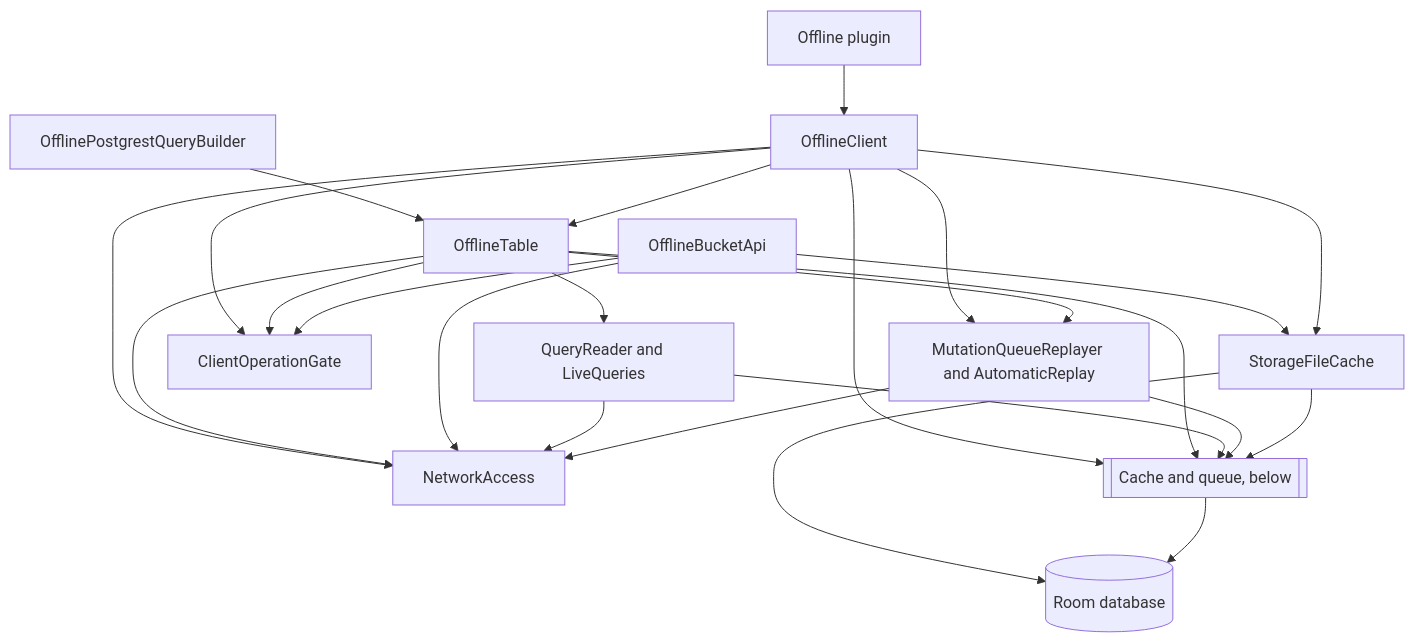
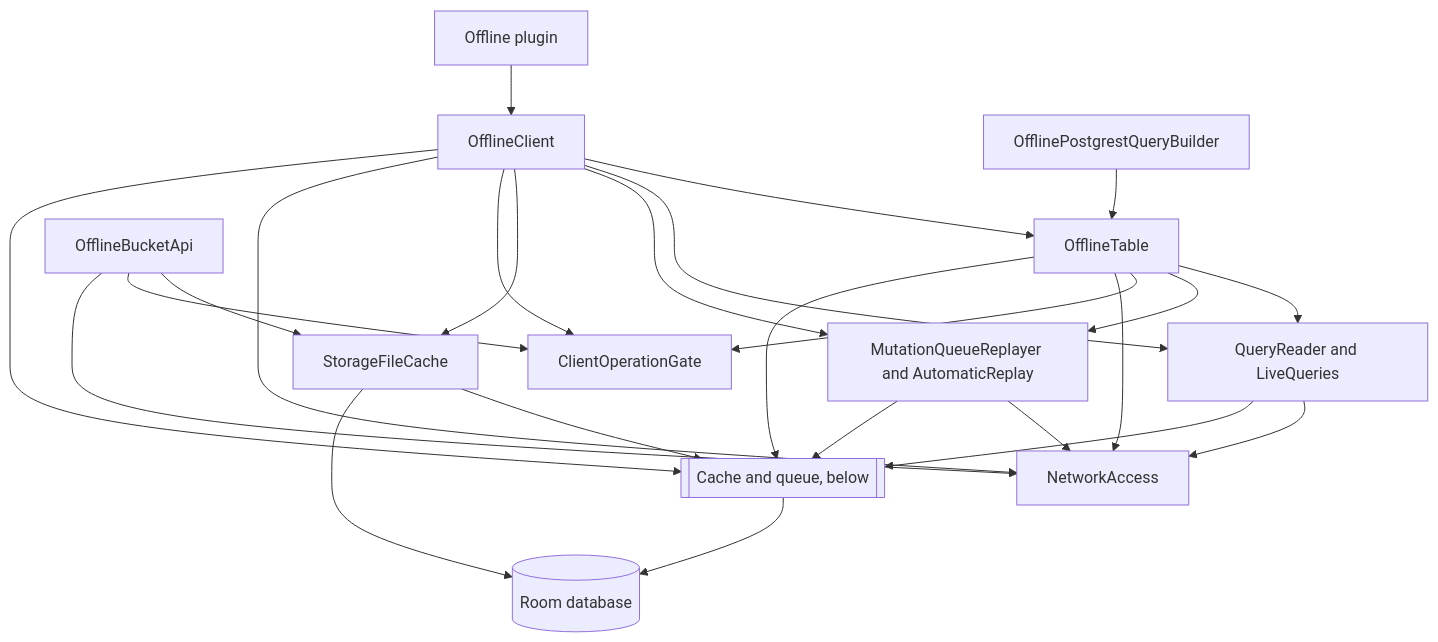
Before and after one commit to nesfeder/supabase-offline-kt: the first of 4 diagrams in docs/project/architecture.md, drawn with Mermaid. The commit also changed other lines of this file and 3 other files, not shown here.

First line of the commit message:
docs: the architecture page made true of the merged code, and the KDoc left for after it (#100)

````diff
--- a/docs/project/architecture.md
+++ b/docs/project/architecture.md
@@ -528,26 +555,27 @@
 ```mermaid
 flowchart TB
     P["Offline plugin"] --> OC["OfflineClient"]
     B["OfflinePostgrestQueryBuilder"] --> T["OfflineTable"]
     S["OfflineBucketApi"] --> FC["StorageFileCache"]
     OC --> T
+    OC --> QR["QueryReader and LiveQueries"]
     OC --> R["MutationQueueReplayer and AutomaticReplay"]
     OC --> FC
     OC --> G["ClientOperationGate"]
     OC --> N["NetworkAccess"]
     T --> QR["QueryReader and LiveQueries"]
     T --> R
     T --> G
     T --> N
     S --> G
     S --> N
     QR --> N
     R --> N
     OC --> CQ[["Cache and queue, below"]]
     T --> CQ
     QR --> CQ
     R --> CQ
     FC --> CQ
     FC --> DB[("Room database")]
     CQ --> DB
 ```
````
